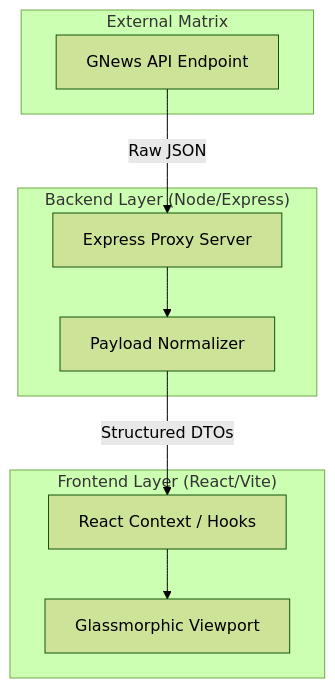
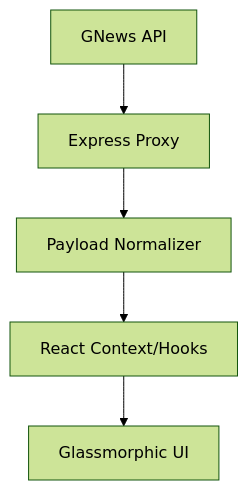
Before and after one commit to SonamNarula/ChaiCode-Dev-Cohort: the first of 2 diagrams in README.md, drawn with Mermaid (forest theme). The commit also changed other lines of this file, not shown here.

````diff
--- a/README.md
+++ b/README.md
@@ -48,18 +57,7 @@
 ```mermaid
 graph TD
-    subgraph "External Matrix"
-        API["GNews API Endpoint"]
-    end
-    subgraph "Backend Layer (Node/Express)"
-        Proxy["Express Proxy Server"]
-        Sanitizer["Payload Normalizer"]
-    end
-    subgraph "Frontend Layer (React/Vite)"
-        State["React Context / Hooks"]
-        UI["Glassmorphic Viewport"]
-    end
-    API -->|Raw JSON| Proxy
-    Proxy --> Sanitizer
-    Sanitizer -->|Structured DTOs| State
-    State --> UI
+  API["GNews API"] --> Proxy["Express Proxy"]
+  Proxy --> Sanitizer["Payload Normalizer"]
+  Sanitizer --> State["React Context/Hooks"]
+  State --> UI["Glassmorphic UI"]
 ```
````
